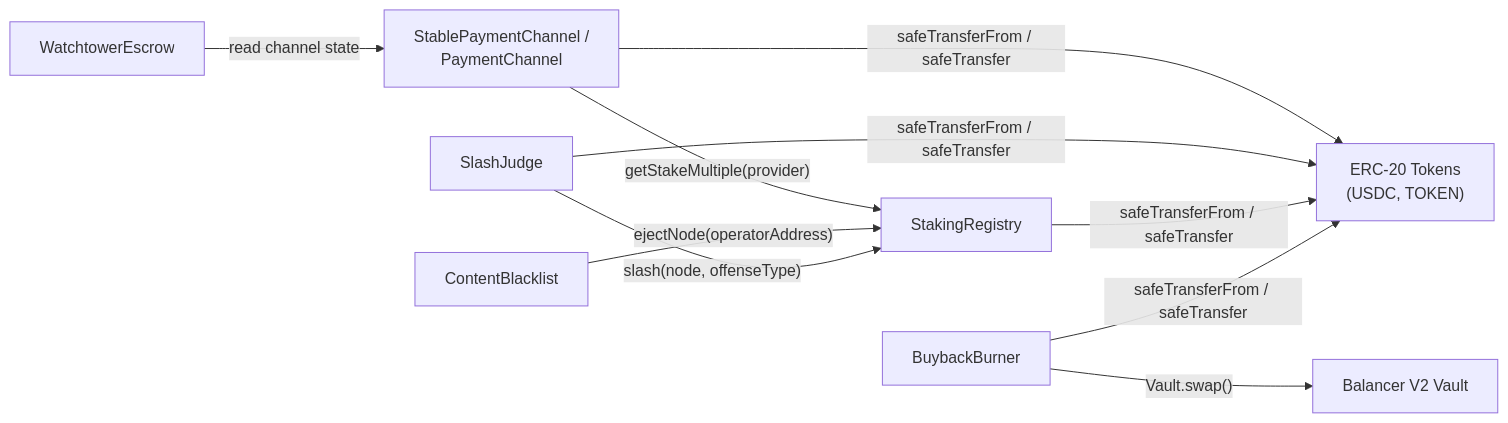
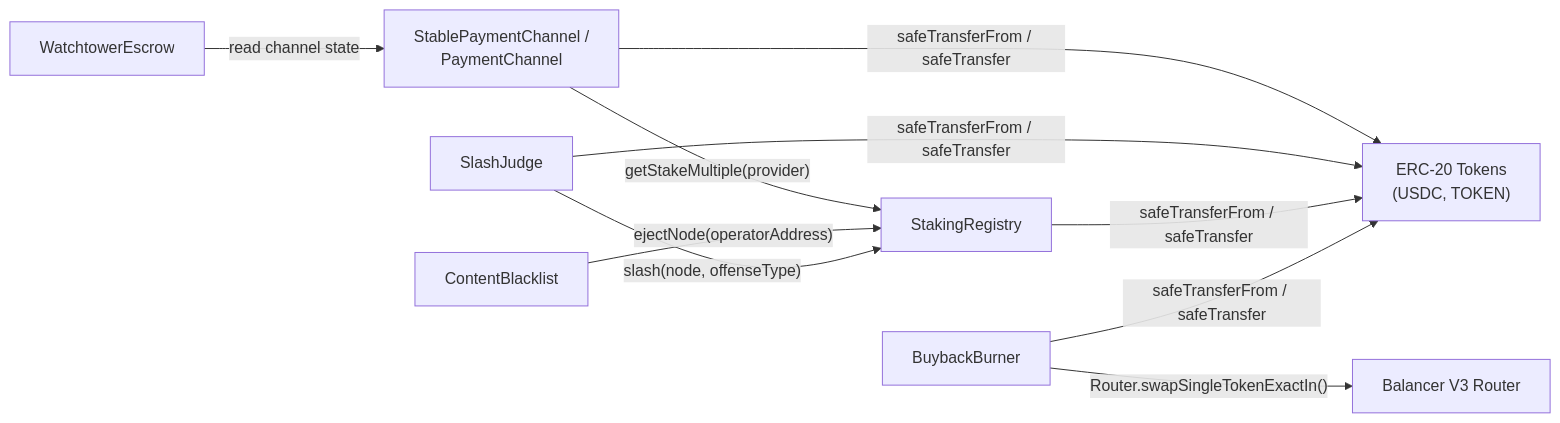
The second of 4 diagrams in adr/016-contract-interactions.md (decdn/decdn), drawn with Mermaid before and after one commit. The commit also changed other lines of this file and 4 other files, not shown here.

````diff
--- a/adr/016-contract-interactions.md
+++ b/adr/016-contract-interactions.md
@@ -110,21 +110,21 @@
 ```mermaid
 graph LR
     SPC["StablePaymentChannel /<br/>PaymentChannel"]
     SR["StakingRegistry"]
     CB["ContentBlacklist"]
     SJ["SlashJudge"]
     BB["BuybackBurner"]
     WE["WatchtowerEscrow"]
     ERC["ERC-20 Tokens<br/>(USDC, TOKEN)"]
-    BAL["Balancer V2 Vault"]
+    BAL["Balancer V3 Router"]
 
     SPC -->|"getStakeMultiple(provider)"| SR
     SPC -->|"safeTransferFrom / safeTransfer"| ERC
     CB -->|"ejectNode(operatorAddress)"| SR
     SJ -->|"slash(node, offenseType)"| SR
     SJ -->|"safeTransferFrom / safeTransfer"| ERC
     SR -->|"safeTransferFrom / safeTransfer"| ERC
-    BB -->|"Vault.swap()"| BAL
+    BB -->|"Router.swapSingleTokenExactIn()"| BAL
     BB -->|"safeTransferFrom / safeTransfer"| ERC
     WE -->|"read channel state"| SPC
 ```
````
